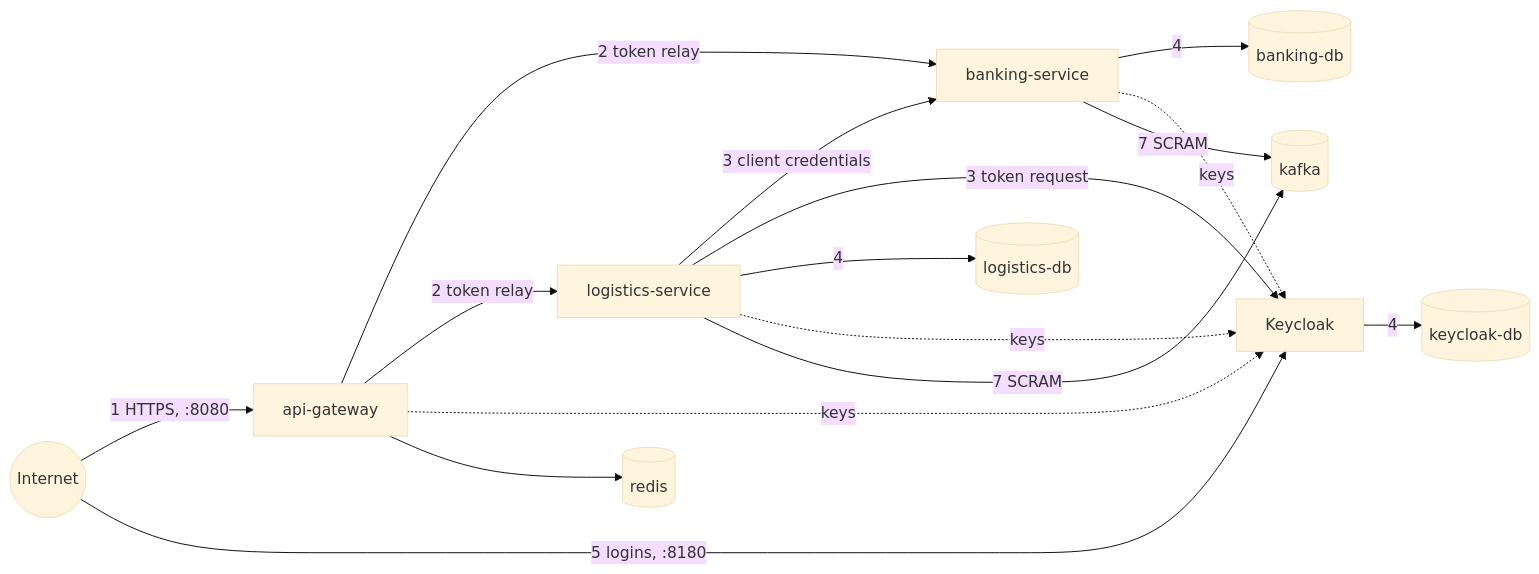
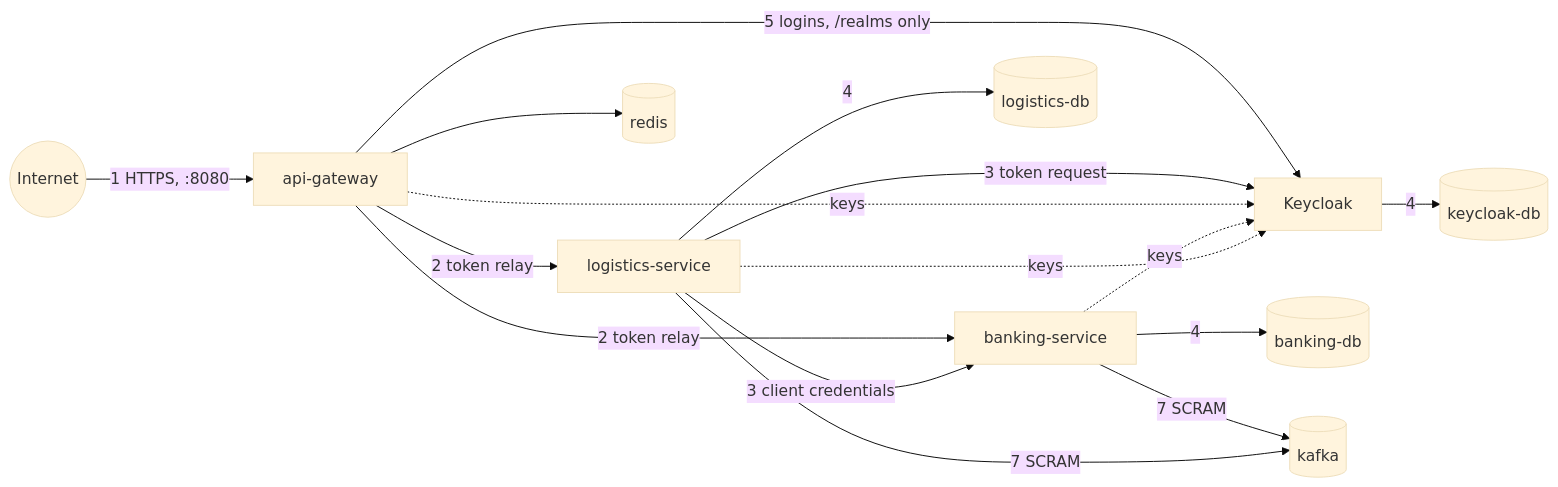
Before and after one commit to tsegale/cross-border-logistics-system: the diagram in docs/threat-model.md, drawn with Mermaid (base theme). The commit also changed other lines of this file and 9 other files, not shown here.

First line of the commit message:
feat(gateway): keycloak's public paths only, the admin console internal

````diff
--- a/docs/threat-model.md
+++ b/docs/threat-model.md
@@ -6,18 +6,18 @@
 ```mermaid
 flowchart LR
     I((Internet)) -->|1 HTTPS, :8080| G[api-gateway]
-    I -->|5 logins, :8180| K[Keycloak]
+    G -->|5 logins, /realms only| K[Keycloak]
     G -->|2 token relay| B[banking-service]
     G -->|2 token relay| L[logistics-service]
     L -->|3 client credentials| B
     L -->|3 token request| K
     B -->|4| BD[(banking-db)]
     L -->|4| LD[(logistics-db)]
     K -->|4| KD[(keycloak-db)]
     G -.->|keys| K
     B -.->|keys| K
     L -.->|keys| K
     G --> R[(redis)]
     B -->|7 SCRAM| KF[(kafka)]
     L -->|7 SCRAM| KF
 ```
````
